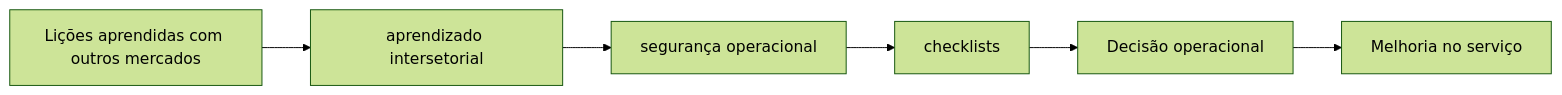
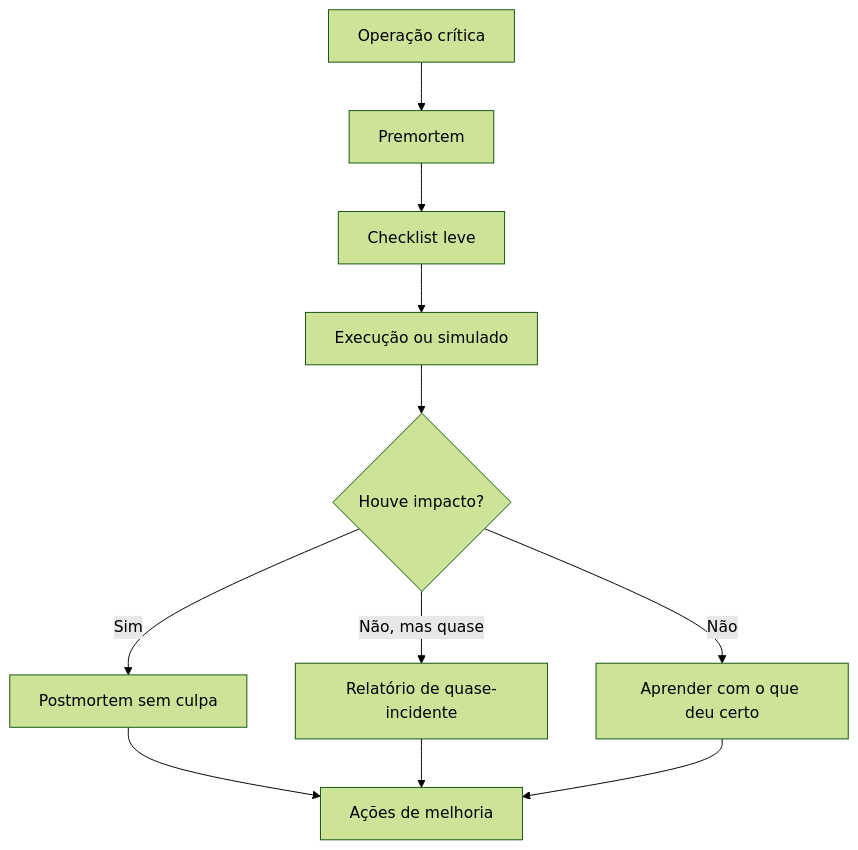
One commit to rafaelrezo/curso-engenharia-confiabilidade changed the diagram in docs/capitulos/capitulo-24.md. Above: the diagram before and after it, drawn with Mermaid (forest theme). The commit also changed other lines of this file and 31 other files, not shown here.

````diff
--- a/docs/capitulos/capitulo-24.md
+++ b/docs/capitulos/capitulo-24.md
@@ -98,8 +139,13 @@
 ```mermaid
-flowchart LR
-    Tema["Lições aprendidas com outros mercados"] --> C1["aprendizado intersetorial"]
-    C1 --> C2["segurança operacional"]
-    C2 --> C3["checklists"]
-    C3 --> Decisao["Decisão operacional"]
-    Decisao --> Acao["Melhoria no serviço"]
+flowchart TD
+    Operacao["Operação crítica"] --> Premortem["Premortem"]
+    Premortem --> Checklist["Checklist leve"]
+    Checklist --> Execucao["Execução ou simulado"]
+    Execucao --> Resultado{"Houve impacto?"}
+    Resultado -->|Sim| Postmortem["Postmortem sem culpa"]
+    Resultado -->|Não, mas quase| NearMiss["Relatório de quase-incidente"]
+    Resultado -->|Não| SafetyII["Aprender com o que deu certo"]
+    Postmortem --> Melhoria["Ações de melhoria"]
+    NearMiss --> Melhoria
+    SafetyII --> Melhoria
 ```
````
